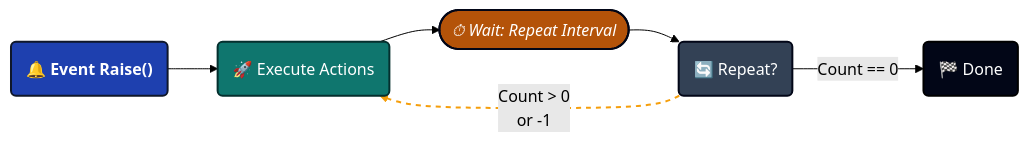
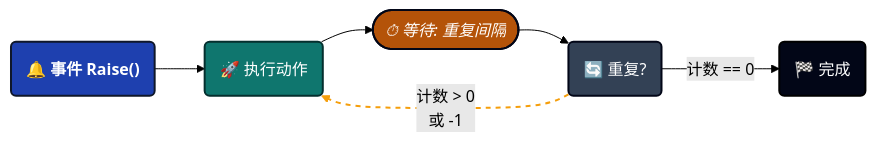
One commit to tinygiants-tech/TinyGiants changed the third of 5 diagrams in i18n/zh/docusaurus-plugin-content-docs/current/game-event-system/visual-workflow/game-event-behavior.md. Above: the diagram before and after it, drawn with Mermaid (forest theme). The commit also changed other lines of this file and 4 other files, not shown here.

````diff
--- a/i18n/zh/docusaurus-plugin-content-docs/current/game-event-system/visual-workflow/game-event-behavior.md
+++ b/i18n/zh/docusaurus-plugin-content-docs/current/game-event-system/visual-workflow/game-event-behavior.md
@@ -366,16 +361,16 @@
 ```mermaid
 graph LR
     classDef event fill:#1e40af,stroke:#0f172a,stroke-width:2px,color:#ffffff,font-weight:bold
     classDef action fill:#0f766e,stroke:#042f2e,stroke-width:2px,color:#ffffff
     classDef wait fill:#b45309,stroke:#020617,stroke-width:2px,color:#ffffff,font-style:italic
     classDef decision fill:#334155,stroke:#020617,stroke-width:2px,color:#ffffff
     classDef system fill:#020617,stroke:#000000,stroke-width:2px,color:#ffffff
 
-    A("🔔 Event Raise()"):::event --> B(🚀 Execute Actions):::action
-    B --> C([⏱ Wait: Repeat Interval]):::wait
-    C --> D(🔄 Repeat?):::decision
+    A("🔔 事件 Raise()"):::event --> B(🚀 执行动作):::action
+    B --> C([⏱ 等待: 重复间隔]):::wait
+    C --> D(🔄 重复?):::decision
     
-    D -- "Count > 0 <br/> or -1" --> B
-    D -- "Count == 0" --> E(🏁 Done):::system
+    D -- "计数 > 0 <br/> 或 -1" --> B
+    D -- "计数 == 0" --> E(🏁 完成):::system
     linkStyle 3 stroke:#f59e0b,stroke-width:2px,stroke-dasharray: 5 5
 ```
````
